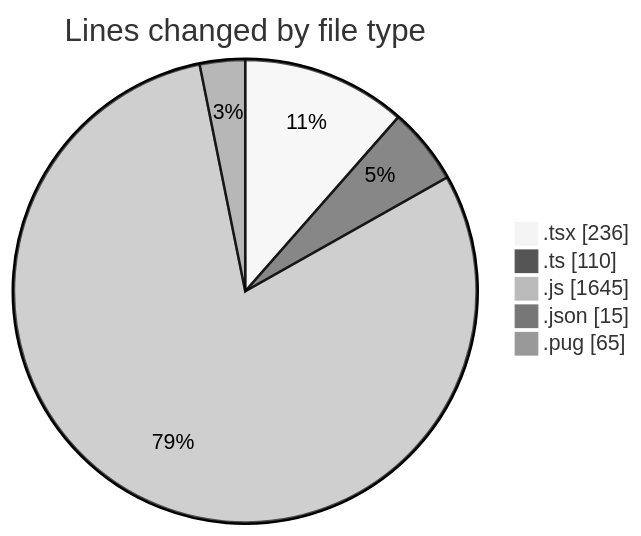
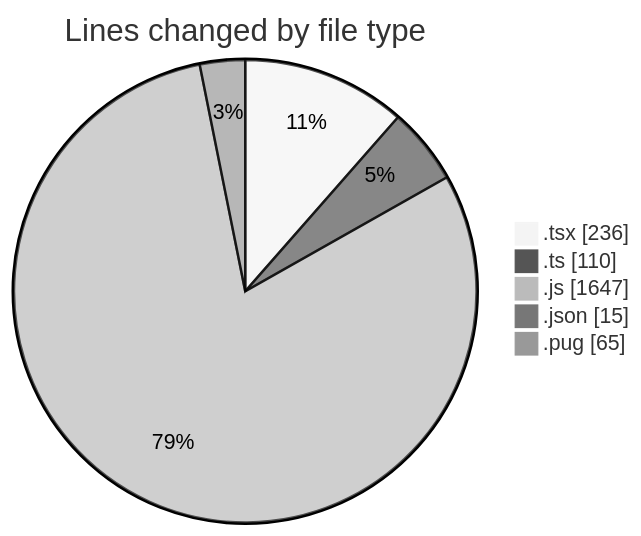
Before and after one commit to momahboobian/code-tracking: the first of 2 diagrams in 2025-03-24/cda/README.md, drawn with Mermaid (neutral theme). The commit also changed other lines of this file and 1 other file, not shown here.

````diff
--- a/2025-03-24/cda/README.md
+++ b/2025-03-24/cda/README.md
@@ -30,9 +30,9 @@
 ```mermaid
 pie showData
 title Lines changed by file type
 ".tsx" : 236
 ".ts" : 110
-".js" : 1645
+".js" : 1647
 ".json" : 15
 ".pug" : 65
 ```
````
